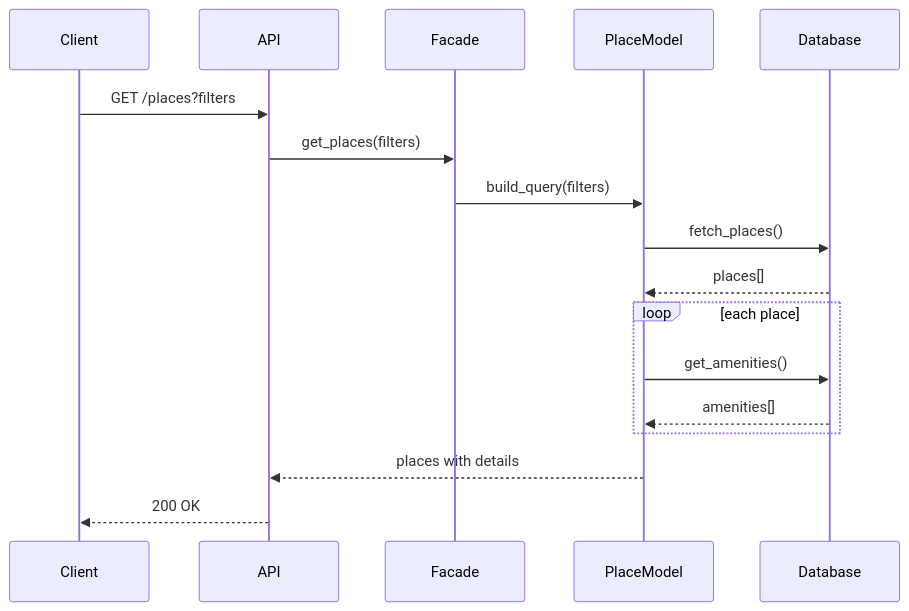
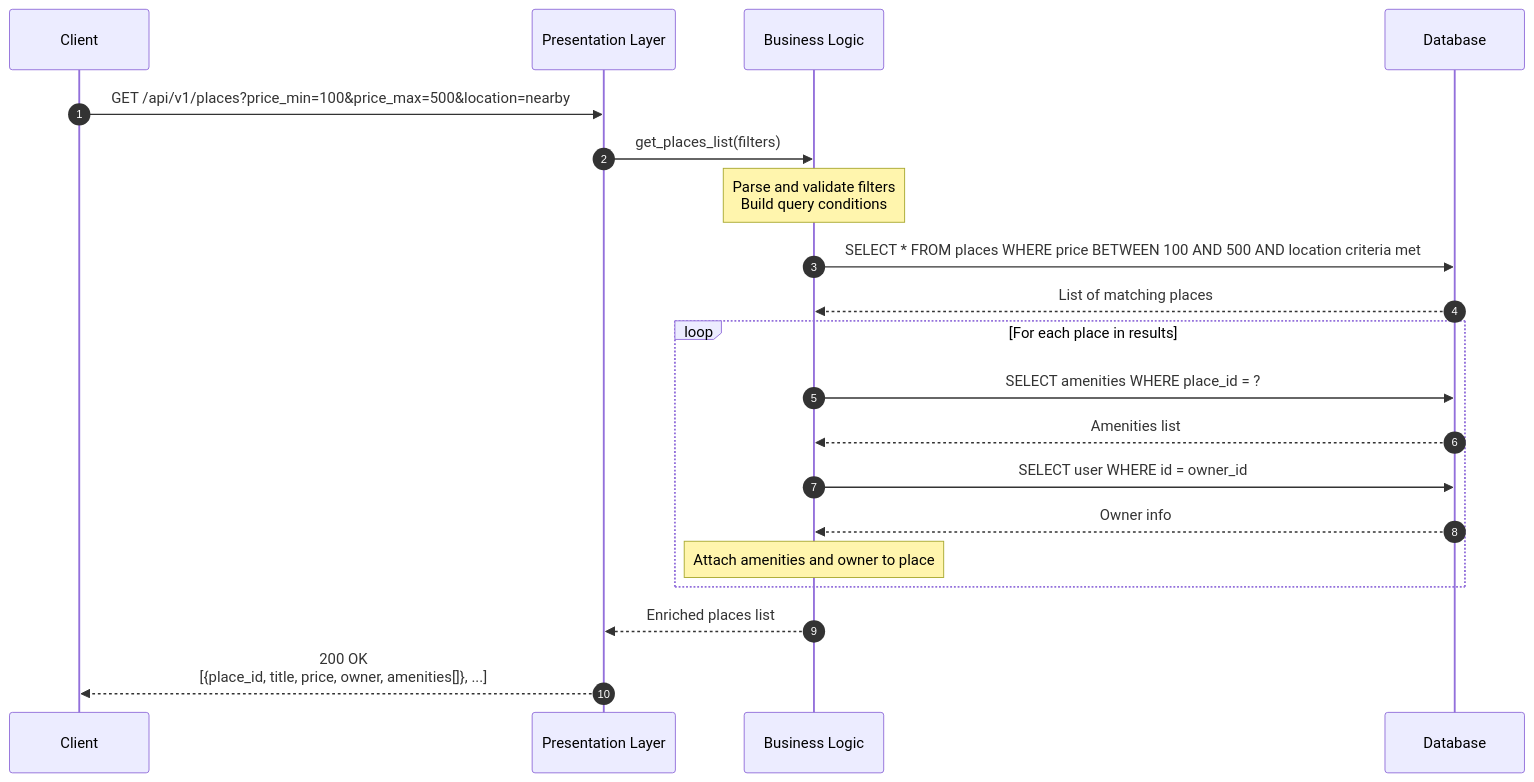
Before and after one commit to aliabdullah1215/holbertonschool-hbnb: the fourth of 4 diagrams in part1/task2_sequence_diagrams.md, drawn with Mermaid. The commit also changed other lines of this file, not shown here.

Commit message:
implement sequence diagrams for core APIs

````diff
--- a/part1/task2_sequence_diagrams.md
+++ b/part1/task2_sequence_diagrams.md
@@ -103,22 +107,30 @@
 ```mermaid
 sequenceDiagram
-    participant Client
-    participant API
-    participant Facade
-    participant PlaceModel
-    participant Database
+    autonumber
+    participant U as Client
+    participant P as Presentation Layer
+    participant B as Business Logic
+    participant D as Database
 
-    Client->>API: GET /places?filters
-    API->>Facade: get_places(filters)
-    Facade->>PlaceModel: build_query(filters)
-    PlaceModel->>Database: fetch_places()
-    Database-->>PlaceModel: places[]
+    U->>P: GET /api/v1/places?price_min=100&price_max=500&location=nearby
     
-    loop each place
-        PlaceModel->>Database: get_amenities()
-        Database-->>PlaceModel: amenities[]
+    P->>B: get_places_list(filters)
+    
+    Note over B: Parse and validate filters<br/>Build query conditions
+    B->>D: SELECT * FROM places WHERE price BETWEEN 100 AND 500 AND location criteria met
+    
+    D-->>B: List of matching places
+    
+    loop For each place in results
+        B->>D: SELECT amenities WHERE place_id = ?
+        D-->>B: Amenities list
+        
+        B->>D: SELECT user WHERE id = owner_id
+        D-->>B: Owner info
+        
+        Note over B: Attach amenities and owner to place
     end
     
-    PlaceModel-->>API: places with details
-    API-->>Client: 200 OK
+    B-->>P: Enriched places list
+    P-->>U: 200 OK<br/>[{place_id, title, price, owner, amenities[]}, ...]
 ```
````
